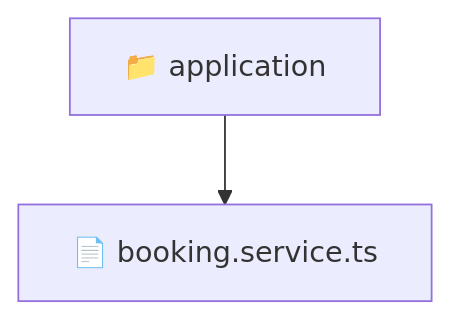
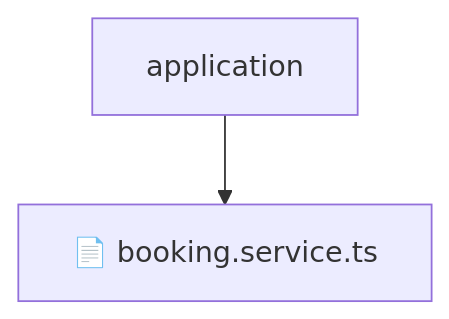
The diagram in backend/src/modules/booking/application/README.md (beginwebdev2002/fullstack-mavluda), drawn with Mermaid before and after one commit. The commit also changed other lines of this file and 155 other files, not shown here.

````diff
--- a/backend/src/modules/booking/application/README.md
+++ b/backend/src/modules/booking/application/README.md
@@ -10,5 +14,5 @@
 ```mermaid
 graph TD
-  Root["📁 application"]
-  Root --> bookingservicets["📄 booking.service.ts"]
+    Root[application]
+    Root --> F0[📄 booking.service.ts]
 ```
````
